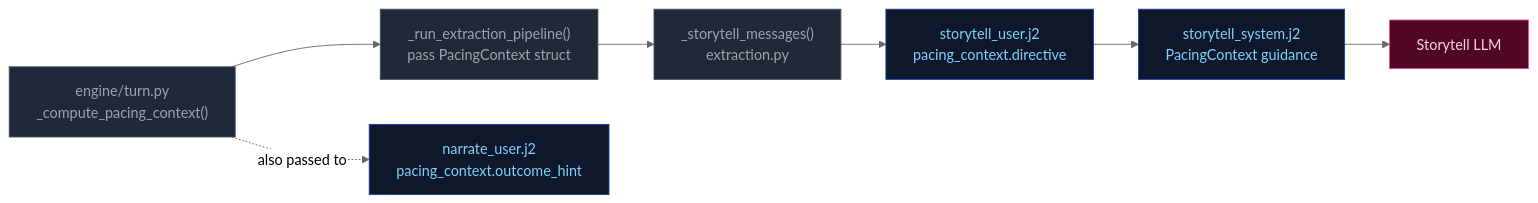
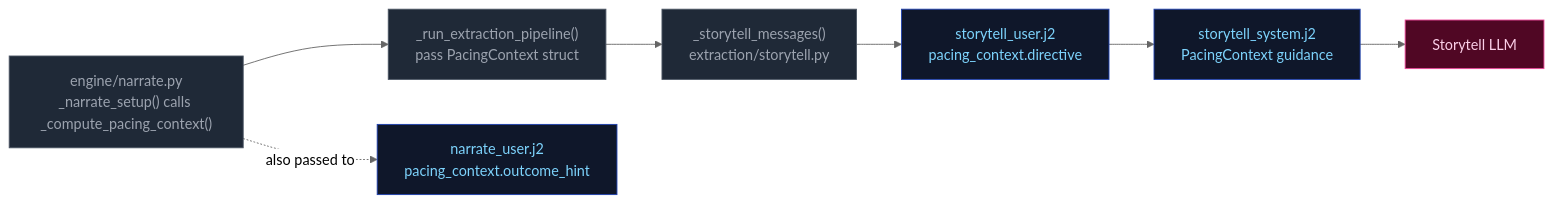
The third of 3 diagrams in docs/architecture/step0-ruling.md (pww217/fablethread), drawn with Mermaid (neutral theme) before and after one commit. The commit also changed other lines of this file and 15 other files, not shown here.

Commit message:
docs: architectural accuracy pass

````diff
--- a/docs/architecture/step0-ruling.md
+++ b/docs/architecture/step0-ruling.md
@@ -127,17 +132,17 @@
 ```mermaid
 flowchart LR
     classDef pyNode fill:#1f2937,color:#9ca3af,stroke:#4b5563
     classDef prompt fill:#0f172a,color:#7dd3fc,stroke:#1e40af
     classDef extractor fill:#500724,color:#fbcfe8,stroke:#ec4899
 
-    TURN["engine/turn.py<br>_compute_pacing_context()"]:::pyNode
+    NARRATE["engine/narrate.py<br>_narrate_setup() calls _compute_pacing_context()"]:::pyNode
     PIPELINE["_run_extraction_pipeline()<br>pass PacingContext struct"]:::pyNode
-    EXTRACT_FN["_storytell_messages()<br>extraction.py"]:::pyNode
+    EXTRACT_FN["_storytell_messages()<br>extraction/storytell.py"]:::pyNode
     USER_TMPL["storytell_user.j2<br>pacing_context.directive"]:::prompt
     SYS_TMPL["storytell_system.j2<br>PacingContext guidance"]:::prompt
     NARRATE_TMPL["narrate_user.j2<br>pacing_context.outcome_hint"]:::prompt
 
-    TURN --> PIPELINE --> EXTRACT_FN --> USER_TMPL
+    NARRATE --> PIPELINE --> EXTRACT_FN --> USER_TMPL
     USER_TMPL --> SYS_TMPL --> EXTRACTOR["Storytell LLM"]:::extractor
-    TURN -. "also passed to" .-> NARRATE_TMPL
+    NARRATE -. "also passed to" .-> NARRATE_TMPL
 ```
````
